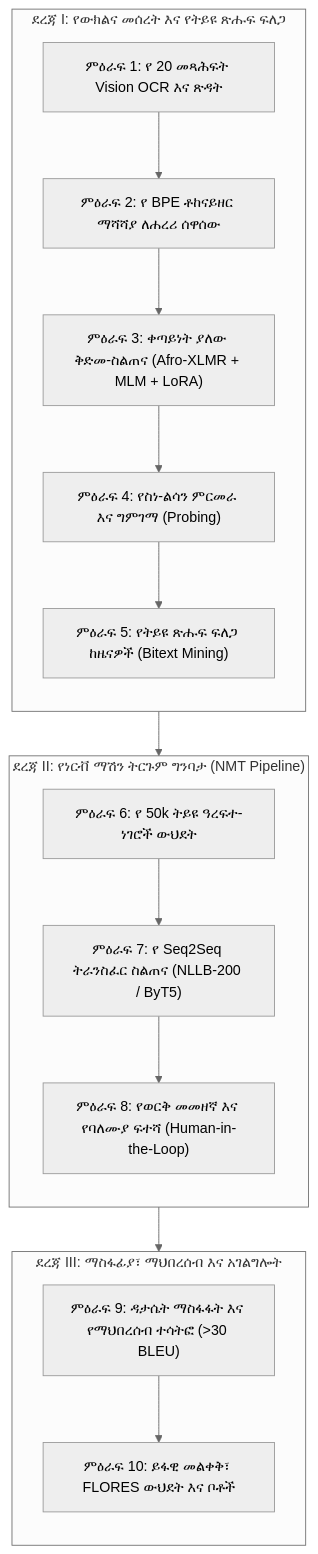
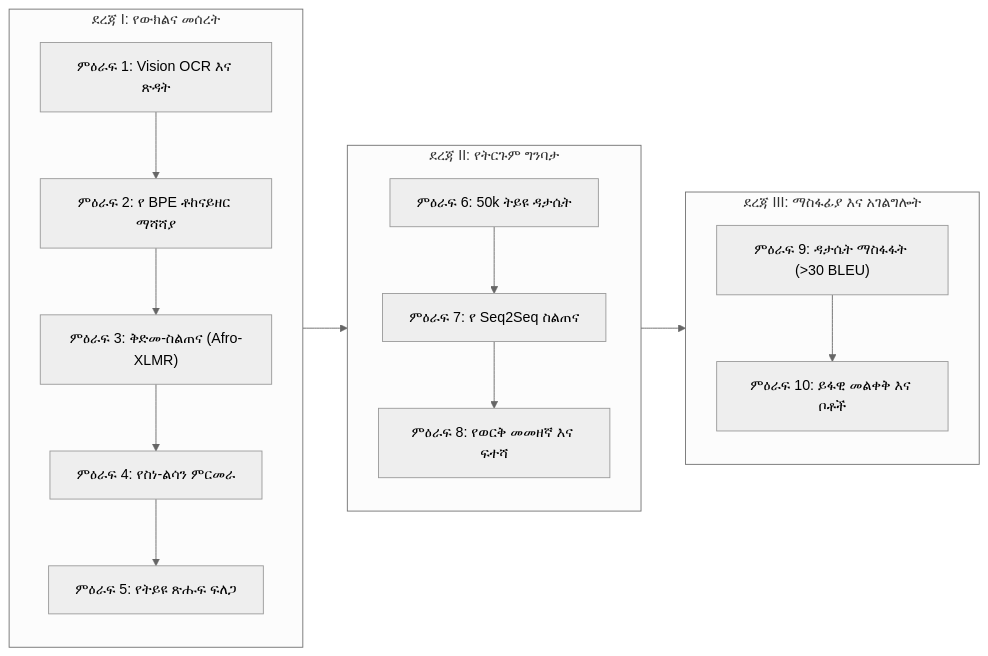
The first of 2 diagrams in README_AM.md (bogdanborovoy/harari-nmt), drawn with Mermaid (neutral theme) before and after one commit. The commit also changed other lines of this file and 2 other files, not shown here.

Commit message:
Fix Mermaid flowchart layout: switch pipeline and roles to clean flowchart LR to avoid title clipping

````diff
--- a/README_AM.md
+++ b/README_AM.md
@@ -61,27 +61,30 @@
 ```mermaid
-flowchart TD
-    subgraph Stage1 ["ደረጃ I: የውክልና መሰረት እና የትይዩ ጽሑፍ ፍለጋ"]
+flowchart LR
+    subgraph Stage1 ["ደረጃ I: የውክልና መሰረት"]
         direction TB
-        P1["ምዕራፍ 1: የ 20 መጻሕፍት Vision OCR እና ጽዳት"]
-        P2["ምዕራፍ 2: የ BPE ቶከናይዘር ማሻሻያ ለሐረሪ ሰዋሰው"]
-        P3["ምዕራፍ 3: ቀጣይነት ያለው ቅድመ-ስልጠና (Afro-XLMR + MLM + LoRA)"]
-        P4["ምዕራፍ 4: የስነ-ልሳን ምርመራ እና ግምገማ (Probing)"]
-        P5["ምዕራፍ 5: የትይዩ ጽሑፍ ፍለጋ ከዜናዎች (Bitext Mining)"]
+        P1["ምዕራፍ 1: Vision OCR እና ጽዳት"]
+        P2["ምዕራፍ 2: የ BPE ቶከናይዘር ማሻሻያ"]
+        P3["ምዕራፍ 3: ቅድመ-ስልጠና (Afro-XLMR)"]
+        P4["ምዕራፍ 4: የስነ-ልሳን ምርመራ"]
+        P5["ምዕራፍ 5: የትይዩ ጽሑፍ ፍለጋ"]
         P1 --> P2 --> P3 --> P4 --> P5
     end
 
-    subgraph Stage2 ["ደረጃ II: የነርቭ ማሽን ትርጉም ግንባታ (NMT Pipeline)"]
+    subgraph Stage2 ["ደረጃ II: የትርጉም ግንባታ"]
         direction TB
-        P6["ምዕራፍ 6: የ 50k ትይዩ ዓረፍተ-ነገሮች ውህደት"]
-        P7["ምዕራፍ 7: የ Seq2Seq ትራንስፈር ስልጠና (NLLB-200 / ByT5)"]
-        P8["ምዕራፍ 8: የወርቅ መመዘኛ እና የባለሙያ ፍተሻ (Human-in-the-Loop)"]
-        P5 --> P6 --> P7 --> P8
+        P6["ምዕራፍ 6: 50k ትይዩ ዳታሴት"]
+        P7["ምዕራፍ 7: የ Seq2Seq ስልጠና"]
+        P8["ምዕራፍ 8: የወርቅ መመዘኛ እና ፍተሻ"]
+        P6 --> P7 --> P8
     end
 
-    subgraph Stage3 ["ደረጃ III: ማስፋፊያ፣ ማህበረሰብ እና አገልግሎት"]
+    subgraph Stage3 ["ደረጃ III: ማስፋፊያ እና አገልግሎት"]
         direction TB
-        P9["ምዕራፍ 9: ዳታሴት ማስፋፋት እና የማህበረሰብ ተሳትፎ (>30 BLEU)"]
-        P10["ምዕራፍ 10: ይፋዊ መልቀቅ፣ FLORES ውህደት እና ቦቶች"]
-        P8 --> P9 --> P10
+        P9["ምዕራፍ 9: ዳታሴት ማስፋፋት (>30 BLEU)"]
+        P10["ምዕራፍ 10: ይፋዊ መልቀቅ እና ቦቶች"]
+        P9 --> P10
     end
+
+    P5 --> P6
+    P8 --> P9
 ```
````
